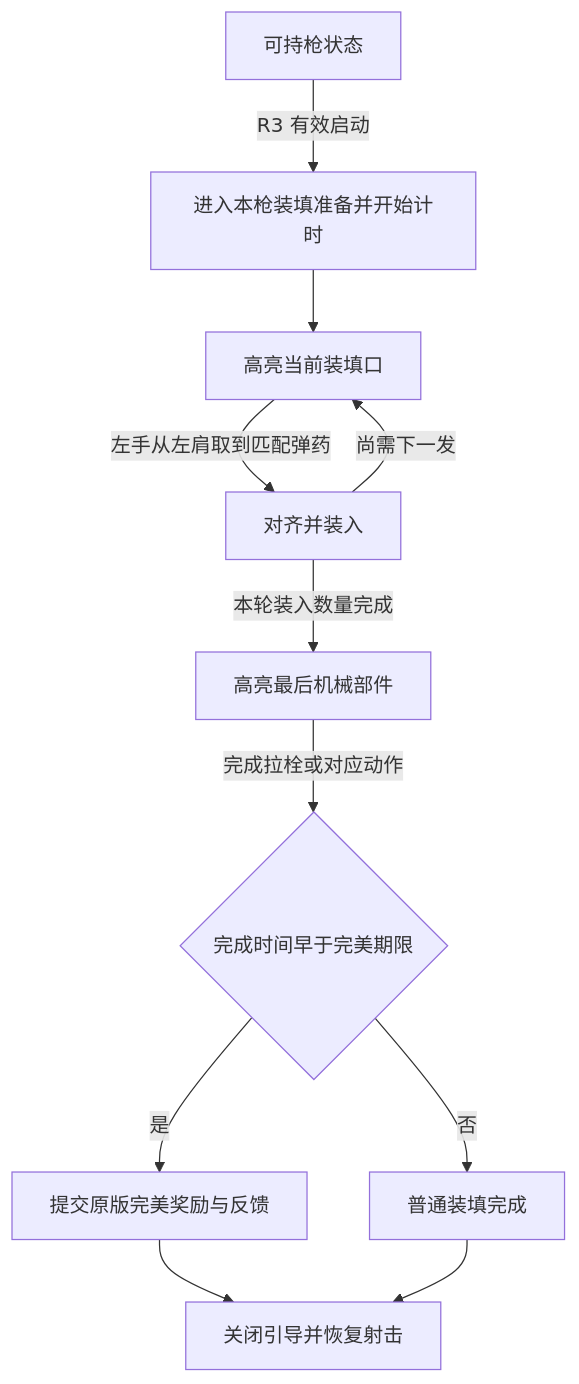
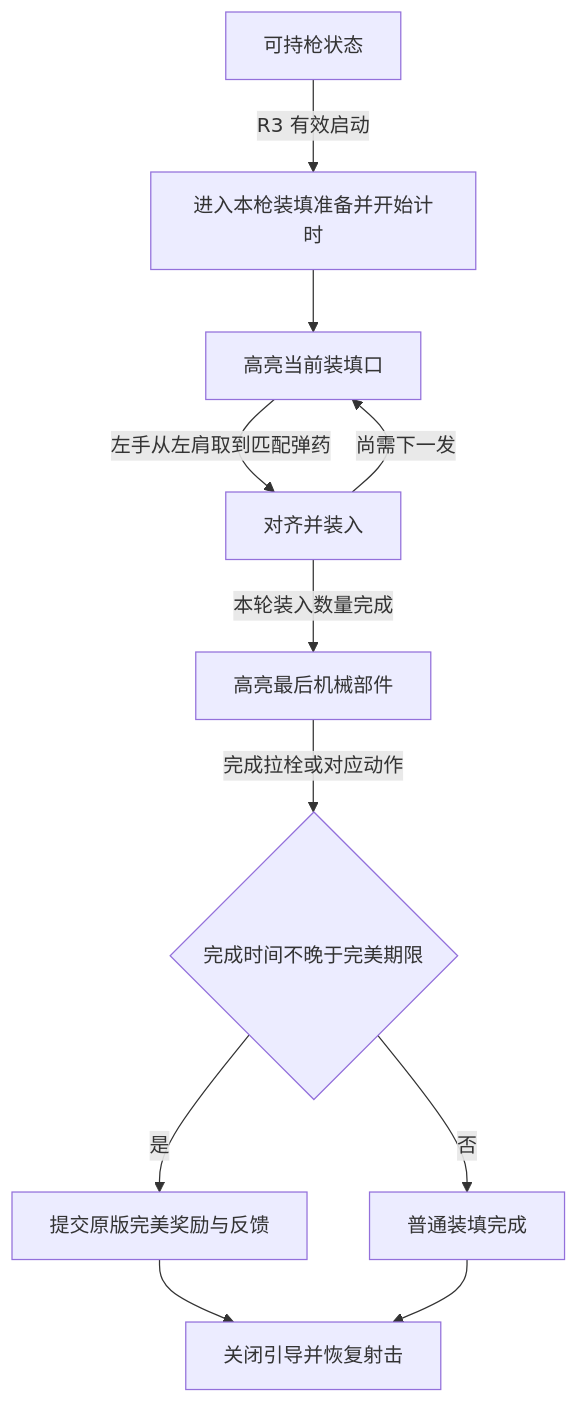
One commit to gjc9620/gears-vr changed the diagram in docs/weapon-6dof-interaction-design-20261022.md. Above: the diagram before and after it, drawn with Mermaid. The commit also changed other lines of this file and 7 other files, not shown here.

````diff
--- a/docs/weapon-6dof-interaction-design-20261022.md
+++ b/docs/weapon-6dof-interaction-design-20261022.md
@@ -121,13 +121,13 @@
 ```mermaid
 flowchart TD
     A[可持枪状态] -->|R3 有效启动| B[进入本枪装填准备并开始计时]
     B --> C[高亮当前装填口]
     C -->|左手从左肩取到匹配弹药| D[对齐并装入]
     D -->|尚需下一发| C
     D -->|本轮装入数量完成| E[高亮最后机械部件]
-    E -->|完成拉栓或对应动作| F{完成时间早于完美期限}
+    E -->|完成拉栓或对应动作| F{完成时间不晚于完美期限}
     F -->|是| G[提交原版完美奖励与反馈]
     F -->|否| H[普通装填完成]
     G --> I[关闭引导并恢复射击]
     H --> I
 ```
````
